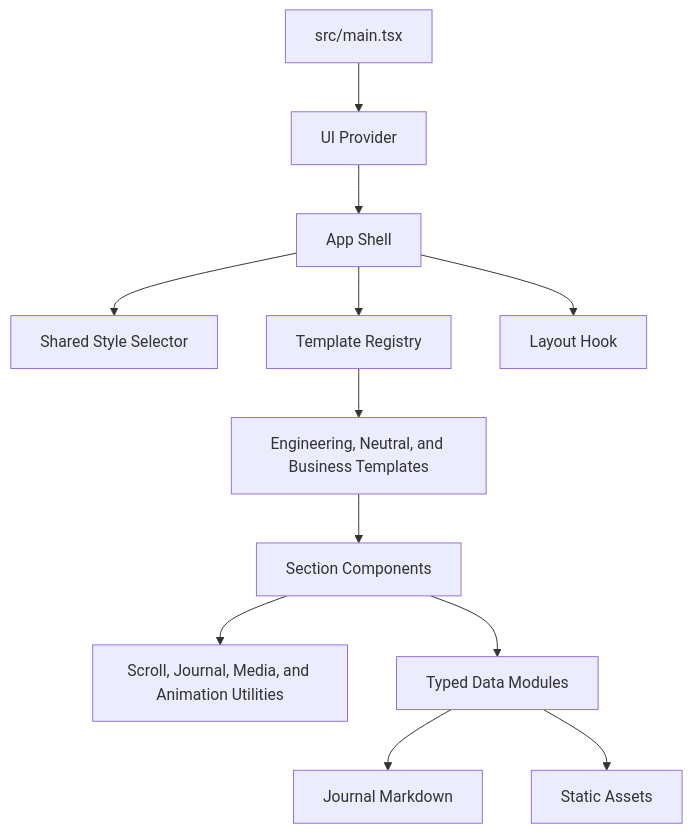
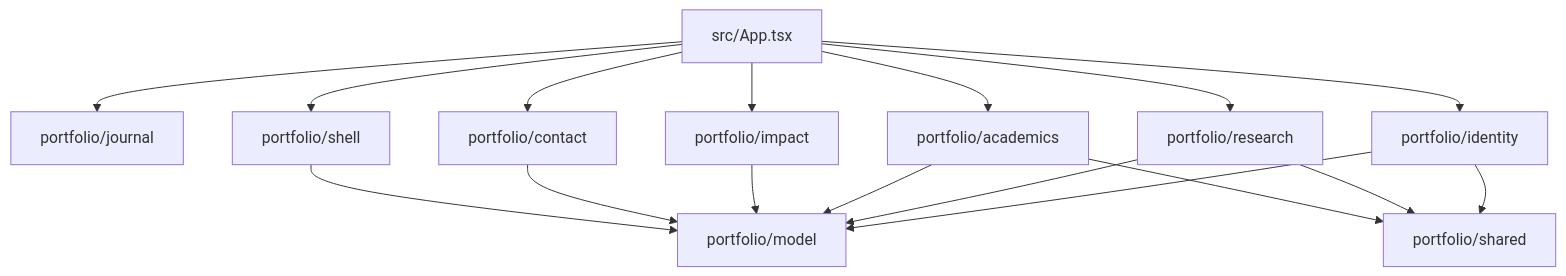
One commit to TranGiaMinhTam/TranGiaMinhTam.github.io changed the diagram in aidlc-docs/inception/reverse-engineering/code-structure.md. Above: the diagram before and after it, drawn with Mermaid. The commit also changed other lines of this file and 955 other files, not shown here.

````diff
--- a/aidlc-docs/inception/reverse-engineering/code-structure.md
+++ b/aidlc-docs/inception/reverse-engineering/code-structure.md
@@ -15,27 +12,19 @@
 ```mermaid
 flowchart TD
-    Main["src/main.tsx"]
-    Provider["UI Provider"]
-    App["App Shell"]
-    Selector["Shared Style Selector"]
-    Registry["Template Registry"]
-    Templates["Engineering, Neutral, and Business Templates"]
-    Sections["Section Components"]
-    Hooks["Layout Hook"]
-    Utils["Scroll, Journal, Media, and Animation Utilities"]
-    Data["Typed Data Modules"]
-    Content["Journal Markdown"]
-    Assets["Static Assets"]
-
-    Main --> Provider
-    Provider --> App
-    App --> Selector
-    App --> Registry
-    App --> Hooks
-    Registry --> Templates
-    Templates --> Sections
-    Sections --> Data
-    Sections --> Utils
-    Data --> Content
-    Data --> Assets
+    App["src/App.tsx"] --> Journal["portfolio/journal"]
+    App --> Shell["portfolio/shell"]
+    App --> Identity["portfolio/identity"]
+    App --> Research["portfolio/research"]
+    App --> Academics["portfolio/academics"]
+    App --> Impact["portfolio/impact"]
+    App --> Contact["portfolio/contact"]
+    Identity --> Model["portfolio/model"]
+    Research --> Model
+    Academics --> Model
+    Impact --> Model
+    Contact --> Model
+    Shell --> Model
+    Identity --> Shared["portfolio/shared"]
+    Research --> Shared
+    Academics --> Shared
 ```
````
